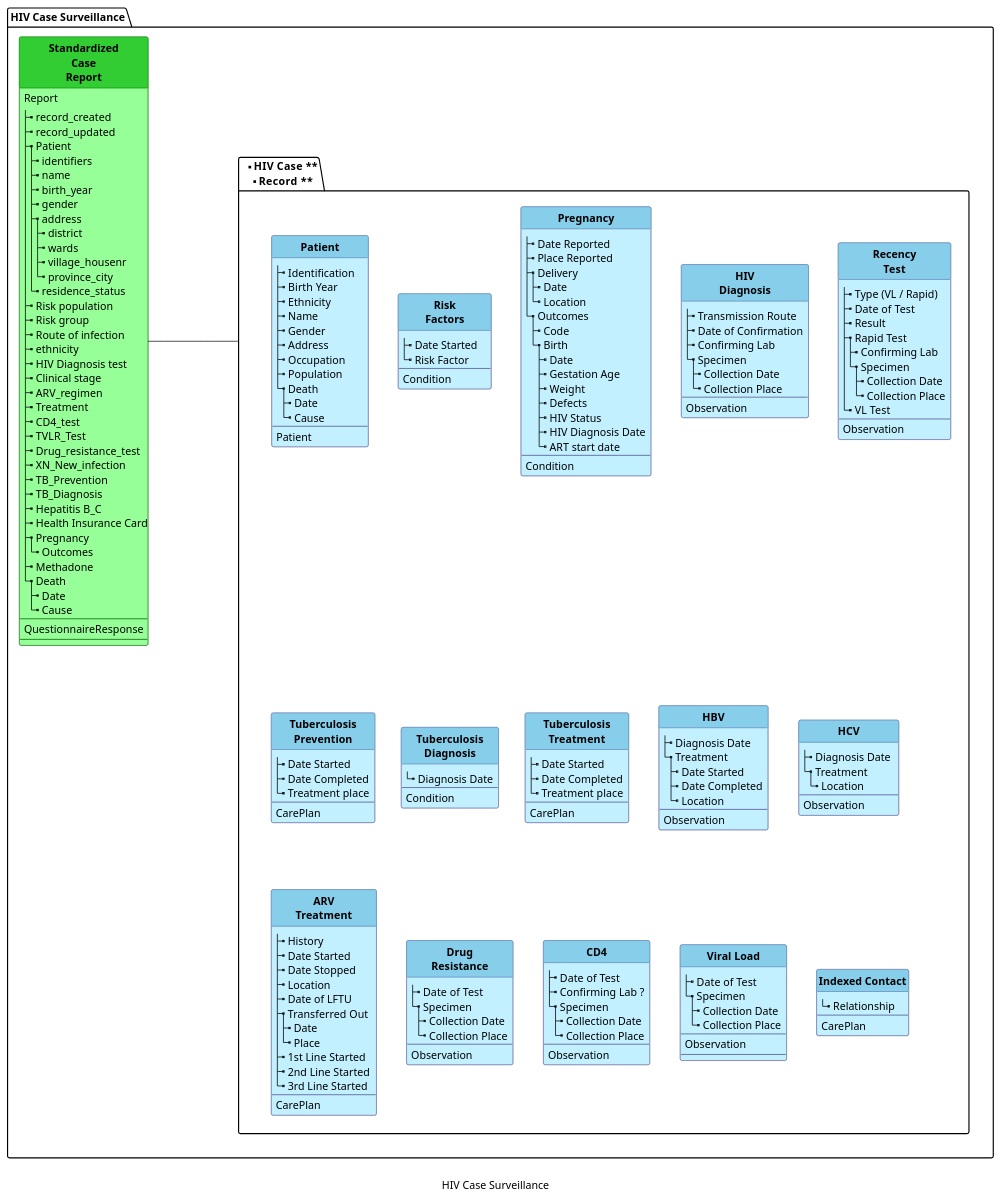
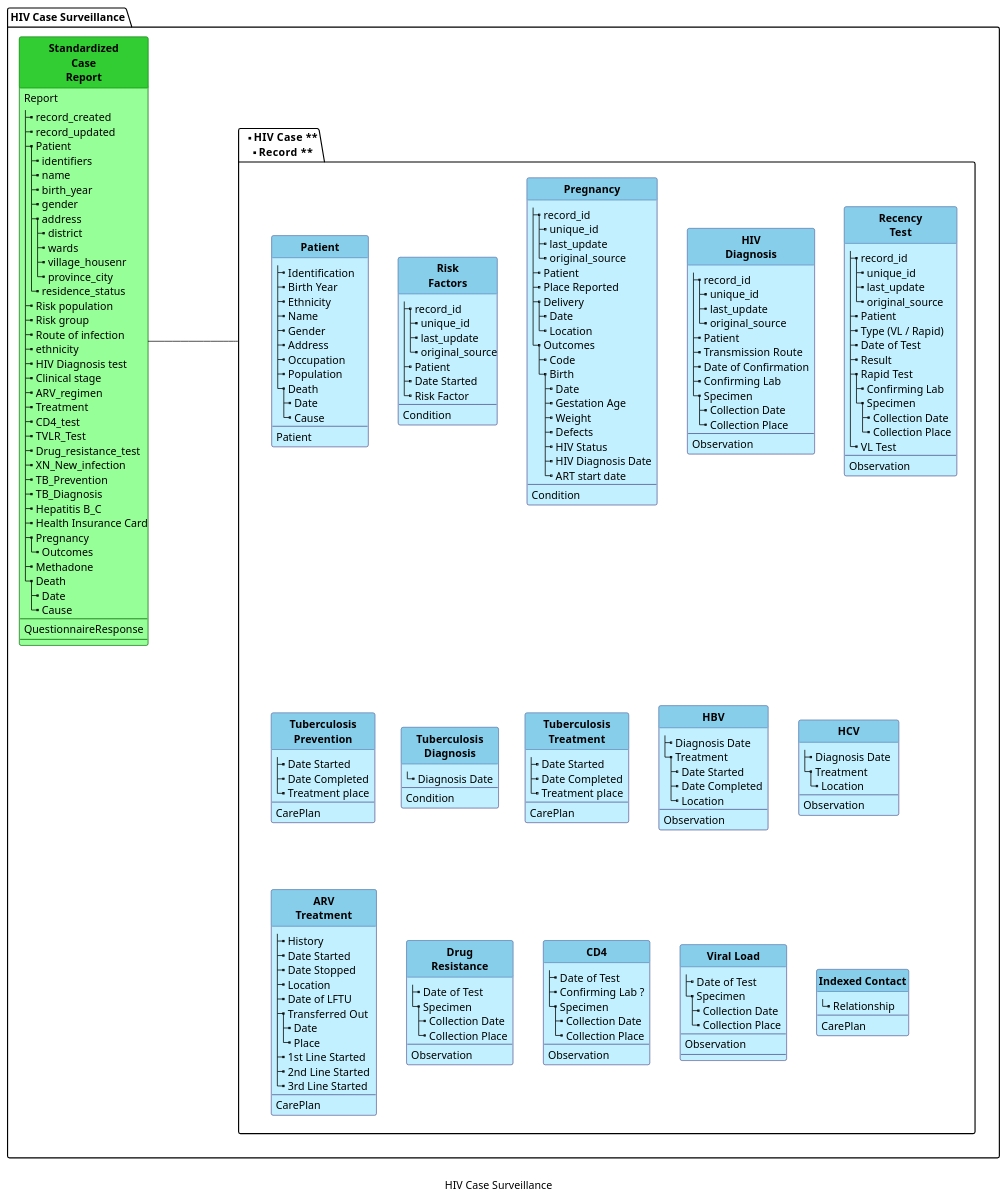
The diagram in input/images-source/resources.plantuml (openhie/case-reporting-hiv-vn), drawn with PlantUML before and after one commit. The commit also changed 5 other files, not shown here.

```diff
--- a/input/images-source/resources.plantuml
+++ b/input/images-source/resources.plantuml
@@ -100,13 +100,22 @@
             Patient
         }
         class "** Risk **\n** Factors **" as Risk<<TM>> {
+            |_ record_id
+              |_ unique_id
+              |_ last_update
+              |_ original_source
+            |_ Patient
             |_ Date Started     
             |_ Risk Factor  
             --
             Condition
         }
         class "** Pregnancy **" as Preg<<TM>> {
-            |_ Date Reported
+            |_ record_id
+              |_ unique_id
+              |_ last_update
+              |_ original_source
+            |_ Patient
             |_ Place Reported
             |_ Delivery 
               |_ Date
@@ -125,6 +134,11 @@
             Condition
         }
         class "** HIV **\n** Diagnosis **" as Diag<<TM>> {
+            |_ record_id
+              |_ unique_id
+              |_ last_update
+              |_ original_source
+            |_ Patient
             |_ Transmission Route  
             |_ Date of Confirmation  
             |_ Confirming Lab 
@@ -135,6 +149,11 @@
             Observation
         }
         class "** Recency **\n** Test **" as Rec<<TM>> {
+            |_ record_id
+              |_ unique_id
+              |_ last_update
+              |_ original_source
+            |_ Patient
             |_ Type (VL / Rapid)  
             |_ Date of Test  
             |_ Result
```
